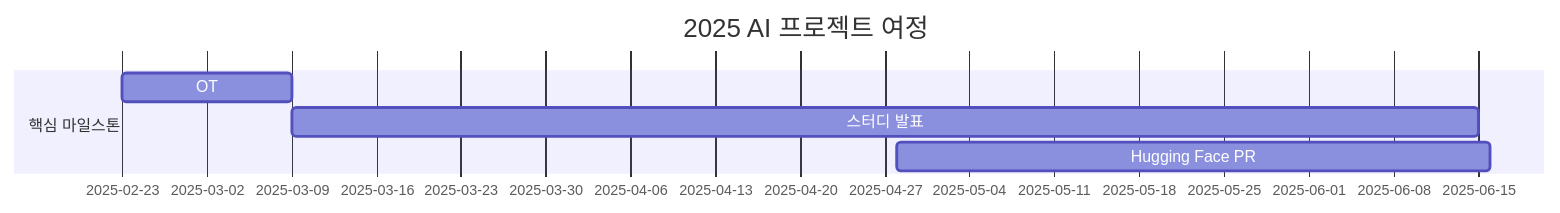
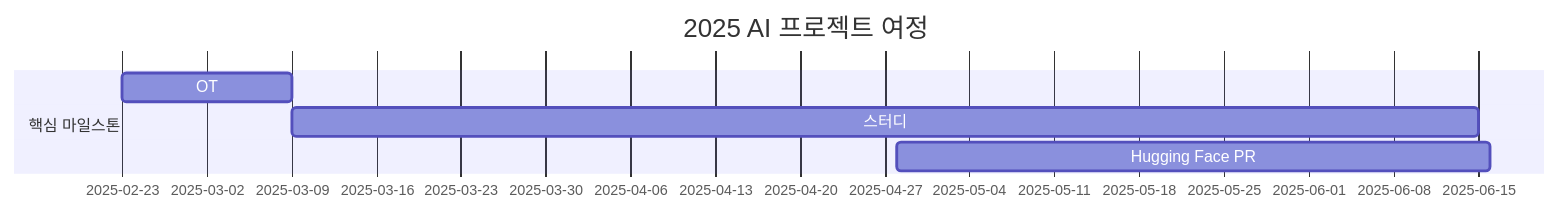
Before and after one commit to Pseudo-Lab/Hugging-Face-Cookbook-Class-Wars: the diagram in README.md, drawn with Mermaid. The commit also changed other lines of this file, not shown here.

````diff
--- a/README.md
+++ b/README.md
@@ -36,8 +36,8 @@
 ```mermaid
 gantt
     title 2025 AI 프로젝트 여정
     section 핵심 마일스톤
     OT       :a1, 2025-02-23, 14d
-    스터디 발표        :a2, after a1, 14w
+    스터디        :a2, after a1, 14w
     Hugging Face PR    :a3, 2025-04-28, 7w
 ```
````
